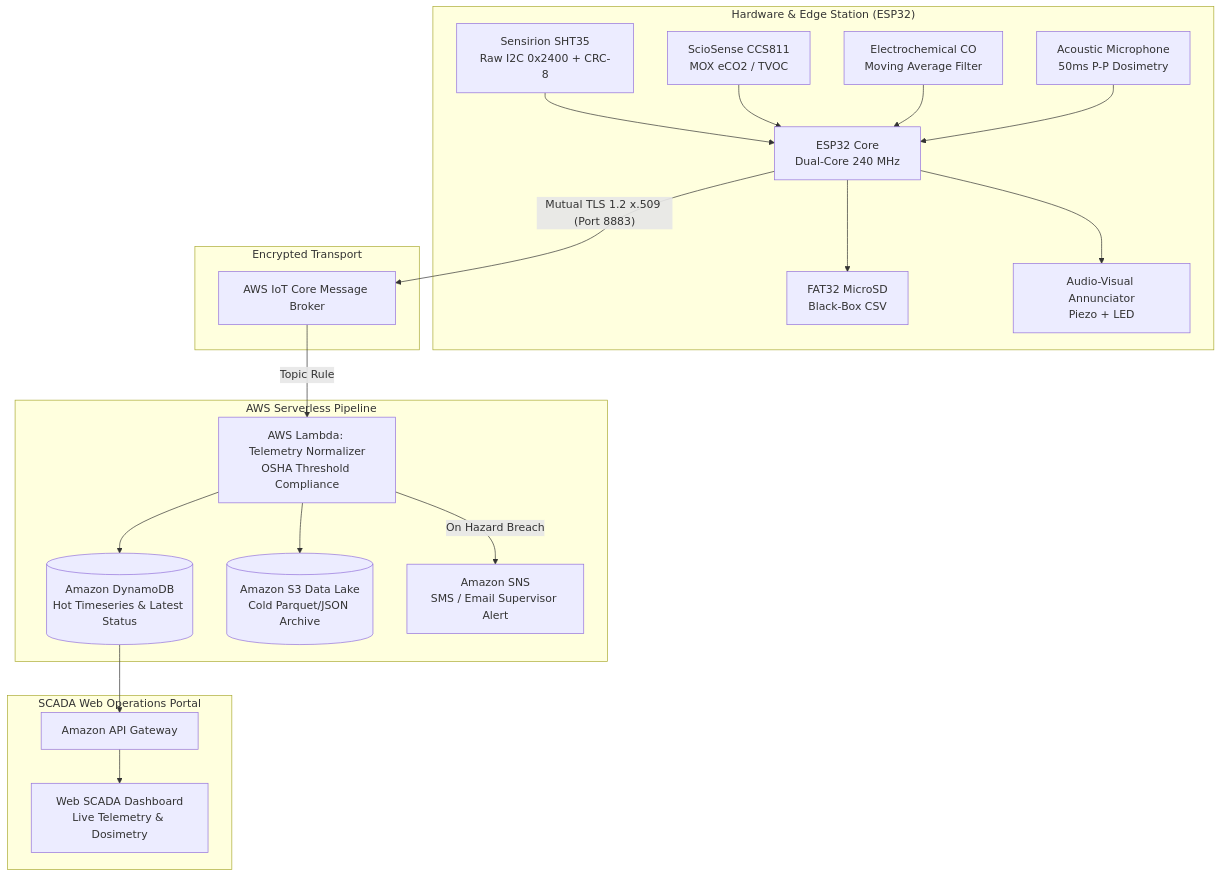
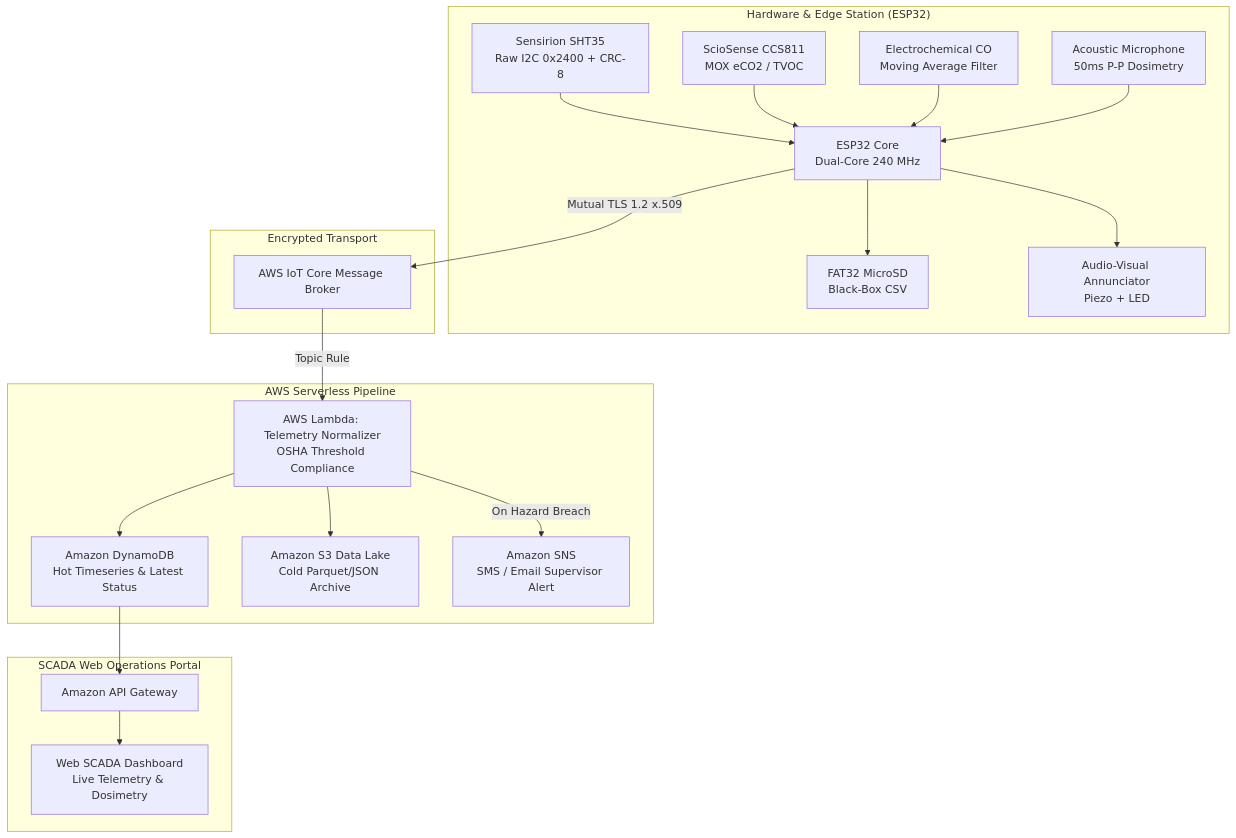
One commit to kadirmercan00/industrial-env-monitor changed the diagram in README.md. Above: the diagram before and after it, drawn with Mermaid. The commit also changed 1 other file, not shown here.

Commit message:
fix(docs): fix mermaid diagram syntax for GitHub markdown parser

````diff
--- a/README.md
+++ b/README.md
@@ -31,32 +31,32 @@
 ```mermaid
 flowchart TD
     subgraph Edge ["Hardware & Edge Station (ESP32)"]
-        SHT35["Sensirion SHT35\nRaw I2C 0x2400 + CRC-8"]
-        CCS811["ScioSense CCS811\nMOX eCO2 / TVOC"]
-        CO["Electrochemical CO\nMoving Average Filter"]
-        MIC["Acoustic Microphone\n50ms P-P Dosimetry"]
+        SHT35["Sensirion SHT35<br/>Raw I2C 0x2400 + CRC-8"]
+        CCS811["ScioSense CCS811<br/>MOX eCO2 / TVOC"]
+        CO["Electrochemical CO<br/>Moving Average Filter"]
+        MIC["Acoustic Microphone<br/>50ms P-P Dosimetry"]
 
-        SHT35 --> ESP32["ESP32 Core\nDual-Core 240 MHz"]
+        SHT35 --> ESP32["ESP32 Core<br/>Dual-Core 240 MHz"]
         CCS811 --> ESP32
         CO --> ESP32
         MIC --> ESP32
-        ESP32 --> SD["FAT32 MicroSD\nBlack-Box CSV"]
-        ESP32 --> BUZZ["Audio-Visual Annunciator\nPiezo + LED"]
+        ESP32 --> SD["FAT32 MicroSD<br/>Black-Box CSV"]
+        ESP32 --> BUZZ["Audio-Visual Annunciator<br/>Piezo + LED"]
     end
 
     subgraph Security ["Encrypted Transport"]
-        ESP32 -->|"Mutual TLS 1.2 x.509 (Port 8883)"| AWS_IOT["AWS IoT Core Message Broker"]
+        ESP32 -->|"Mutual TLS 1.2 x.509"| AWS_IOT["AWS IoT Core Message Broker"]
     end
 
     subgraph Cloud ["AWS Serverless Pipeline"]
-        AWS_IOT -->|"Topic Rule"| LAMBDA["AWS Lambda: Telemetry Normalizer\nOSHA Threshold Compliance"]
-        LAMBDA --> DYNAMO[("Amazon DynamoDB\nHot Timeseries & Latest Status")]
-        LAMBDA --> S3[("Amazon S3 Data Lake\nCold Parquet/JSON Archive")]
-        LAMBDA -->|"On Hazard Breach"| SNS["Amazon SNS\nSMS / Email Supervisor Alert"]
+        AWS_IOT -->|"Topic Rule"| LAMBDA["AWS Lambda: Telemetry Normalizer<br/>OSHA Threshold Compliance"]
+        LAMBDA --> DYNAMO["Amazon DynamoDB<br/>Hot Timeseries & Latest Status"]
+        LAMBDA --> S3["Amazon S3 Data Lake<br/>Cold Parquet/JSON Archive"]
+        LAMBDA -->|"On Hazard Breach"| SNS["Amazon SNS<br/>SMS / Email Supervisor Alert"]
     end
 
     subgraph Presentation ["SCADA Web Operations Portal"]
         DYNAMO --> APIGW["Amazon API Gateway"]
-        APIGW --> WEB["Web SCADA Dashboard\nLive Telemetry & Dosimetry"]
+        APIGW --> WEB["Web SCADA Dashboard<br/>Live Telemetry & Dosimetry"]
     end
 ```
````
